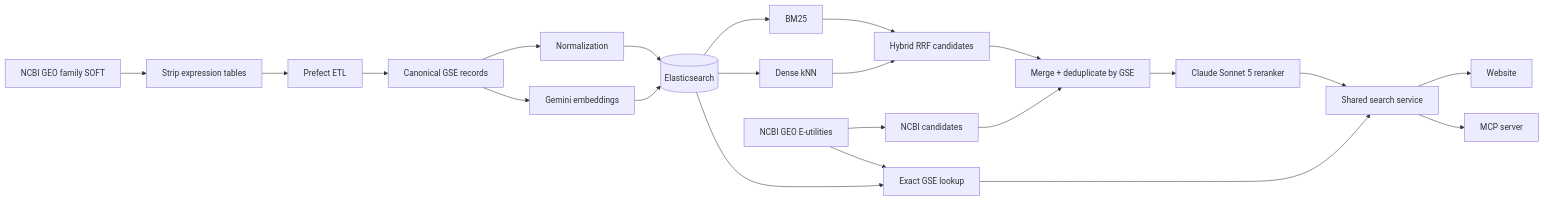
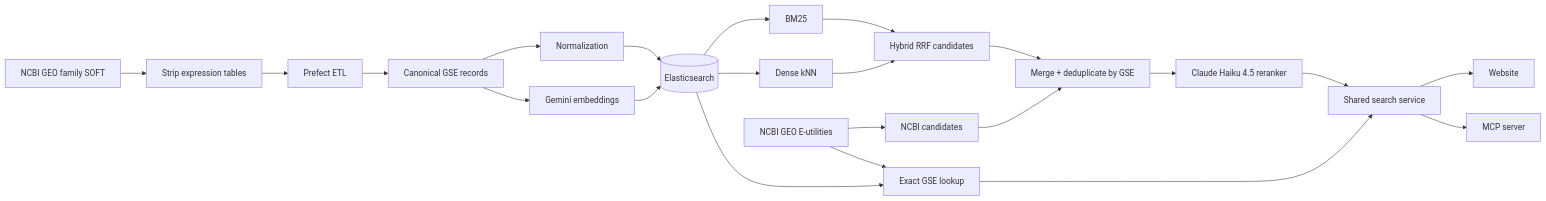
One commit to kevinwuhoo/GEOscope changed the diagram in README.md. Above: the diagram before and after it, drawn with Mermaid. The commit also changed other lines of this file and 18 other files, not shown here.

````diff
--- a/README.md
+++ b/README.md
@@ -31,24 +31,24 @@
 ```mermaid
 flowchart LR
     A[NCBI GEO family SOFT] --> B[Strip expression tables]
     B --> C[Prefect ETL]
     C --> D[Canonical GSE records]
     D --> E[Normalization]
     D --> F[Gemini embeddings]
     E --> G[(Elasticsearch)]
     F --> G
     G --> H[BM25]
     G --> I[Dense kNN]
     H --> J[Hybrid RRF candidates]
     I --> J
     M[NCBI GEO E-utilities] --> N[NCBI candidates]
     J --> O[Merge + deduplicate by GSE]
     N --> O
-    O --> P[Claude Sonnet 5 reranker]
+    O --> P[Claude Haiku 4.5 reranker]
     P --> Q[Shared search service]
     G --> R[Exact GSE lookup]
     M --> R
     R --> Q
     Q --> K[Website]
     Q --> L[MCP server]
 ```
````
